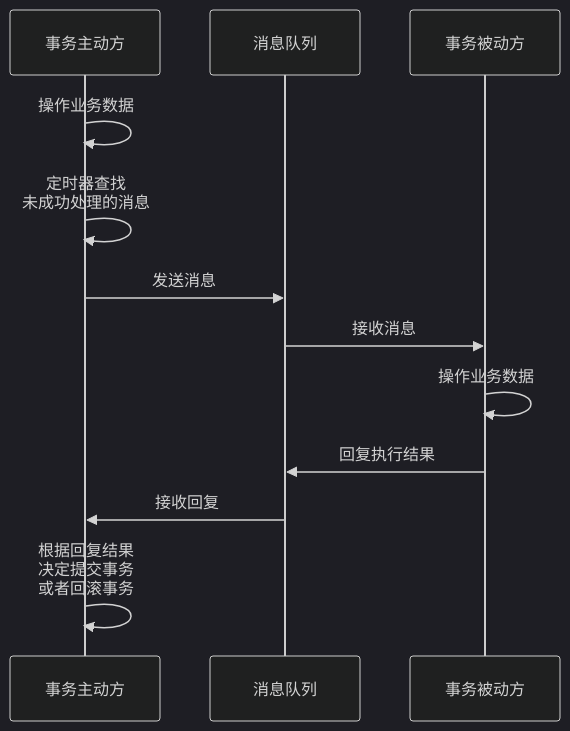
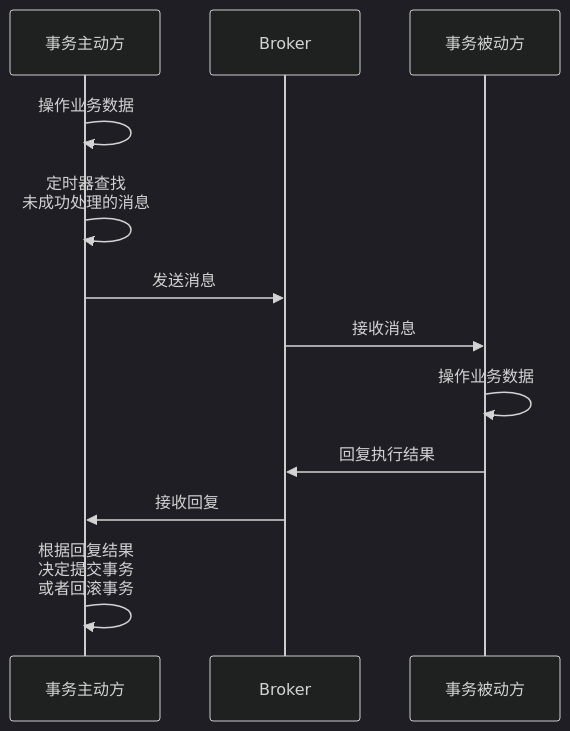
Diagram 14 of 16 in _posts/2025-02-24-消息队列.md (WCY-dt/blog), drawn with Mermaid (dark theme) before and after one commit. The commit also changed other lines of this file and 18 other files, not shown here.

````diff
--- a/_posts/2025-02-24-消息队列.md
+++ b/_posts/2025-02-24-消息队列.md
@@ -210,14 +636,14 @@
 ```mermaid
 sequenceDiagram
     participant A as 事务主动方
-    participant MQ as 消息队列
+    participant MQ as Broker
     participant B as 事务被动方
     A->>A: 操作业务数据
     A->>A: 定时器查找<br>未成功处理的消息
     A->>MQ: 发送消息
     MQ->>B: 接收消息
     B->>B: 操作业务数据
     B->>MQ: 回复执行结果
     MQ->>A: 接收回复
     A->>A: 根据回复结果<br>决定提交事务<br>或者回滚事务
 ```
````
